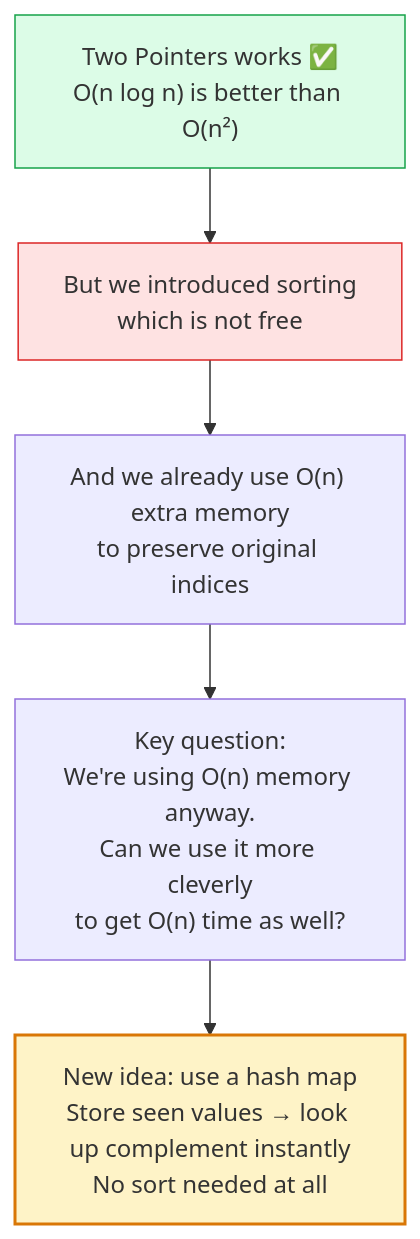
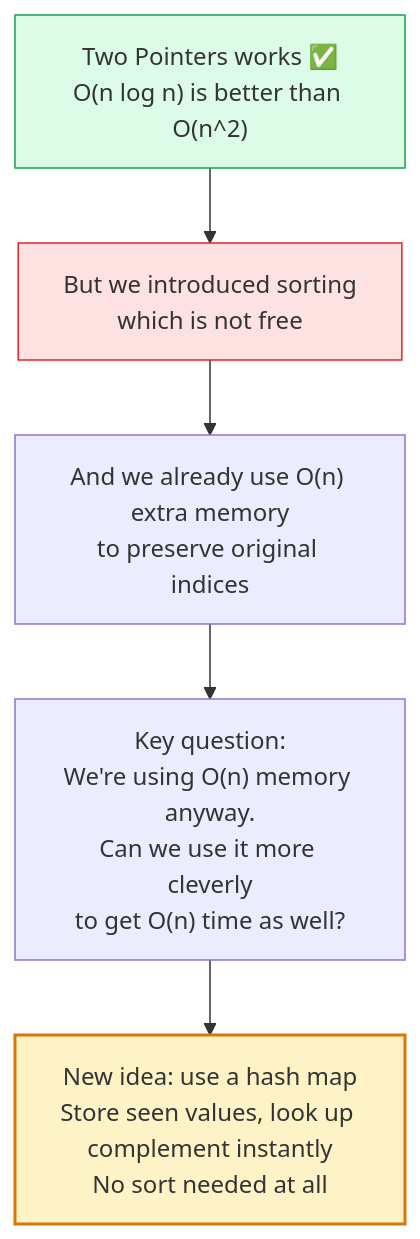
The ninth of 12 diagrams in 01 - Two Sum/README.md (M-F-Tushar/LeetCode-Problem-Solving), drawn with Mermaid before and after one commit. The commit also changed other lines of this file, not shown here.

````diff
--- a/01 - Two Sum/README.md
+++ b/01 - Two Sum/README.md
@@ -314,11 +313,11 @@
 ```mermaid
 flowchart TD
-    A["Two Pointers works ✅\nO(n log n) is better than O(n²)"] --> B["But we introduced sorting\nwhich is not free"]
+    A["Two Pointers works ✅\nO(n log n) is better than O(n^2)"] --> B["But we introduced sorting\nwhich is not free"]
     B --> C["And we already use O(n) extra memory\nto preserve original indices"]
     C --> D["Key question:\nWe're using O(n) memory anyway.\nCan we use it more cleverly\nto get O(n) time as well?"]
-    D --> E["New idea: use a hash map\nStore seen values → look up complement instantly\nNo sort needed at all"]
+    D --> E["New idea: use a hash map\nStore seen values, look up complement instantly\nNo sort needed at all"]
 
     style A fill:#dcfce7,stroke:#16a34a
     style B fill:#fee2e2,stroke:#dc2626
     style E fill:#fef3c7,stroke:#d97706,stroke-width:2px
 ```
````
